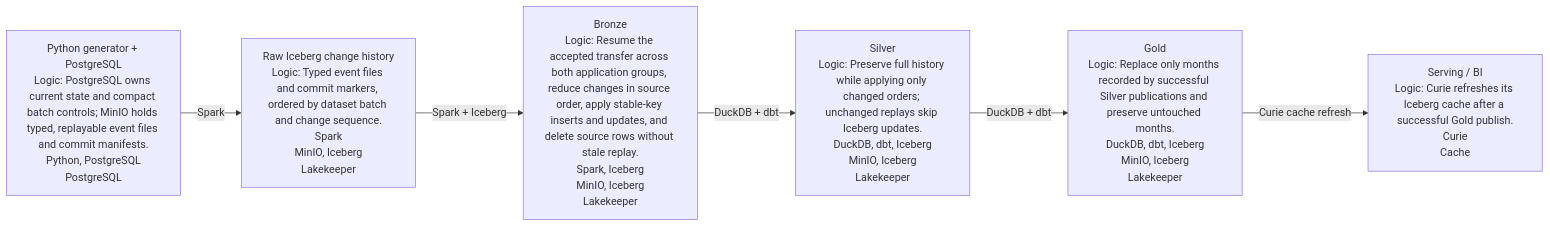
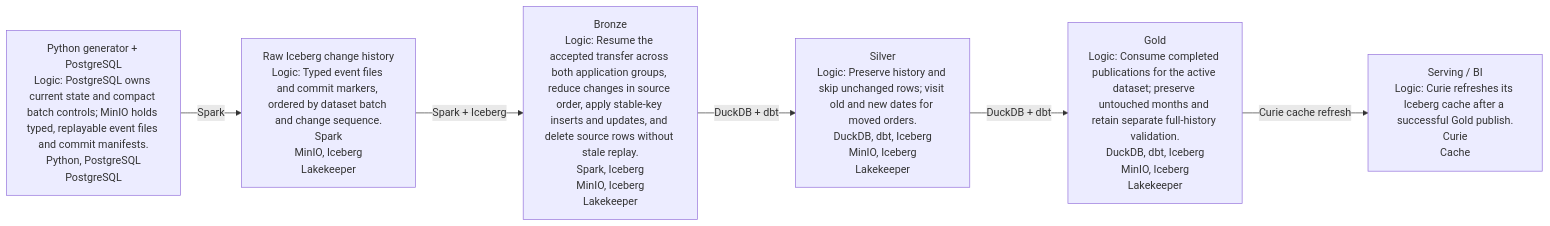
One commit to AntonMiniazev/ampere_project changed the diagram in docs/dataflow/generated/project_dataflow.md. Above: the diagram before and after it, drawn with Mermaid. The commit also changed 41 other files, not shown here.

````diff
--- a/docs/dataflow/generated/project_dataflow.md
+++ b/docs/dataflow/generated/project_dataflow.md
@@ -5,15 +5,15 @@
 ```mermaid
 flowchart LR
     L_SOURCE["Python generator + PostgreSQL<br/>Logic: PostgreSQL owns current state and compact batch controls; MinIO holds typed, replayable event files and commit manifests.<br/>Python, PostgreSQL<br/>PostgreSQL"]
     L_RAW["Raw Iceberg change history<br/>Logic: Typed event files and commit markers, ordered by dataset batch and change sequence.<br/>Spark<br/>MinIO, Iceberg<br/>Lakekeeper"]
     L_BRONZE["Bronze<br/>Logic: Resume the accepted transfer across both application groups, reduce changes in source order, apply stable-key inserts and updates, and delete source rows without stale replay.<br/>Spark, Iceberg<br/>MinIO, Iceberg<br/>Lakekeeper"]
-    L_SILVER["Silver<br/>Logic: Preserve full history while applying only changed orders; unchanged replays skip Iceberg updates.<br/>DuckDB, dbt, Iceberg<br/>MinIO, Iceberg<br/>Lakekeeper"]
-    L_GOLD["Gold<br/>Logic: Replace only months recorded by successful Silver publications and preserve untouched months.<br/>DuckDB, dbt, Iceberg<br/>MinIO, Iceberg<br/>Lakekeeper"]
+    L_SILVER["Silver<br/>Logic: Preserve history and skip unchanged rows; visit old and new dates for moved orders.<br/>DuckDB, dbt, Iceberg<br/>MinIO, Iceberg<br/>Lakekeeper"]
+    L_GOLD["Gold<br/>Logic: Consume completed publications for the active dataset; preserve untouched months and retain separate full-history validation.<br/>DuckDB, dbt, Iceberg<br/>MinIO, Iceberg<br/>Lakekeeper"]
     L_SERVING["Serving / BI<br/>Logic: Curie refreshes its Iceberg cache after a successful Gold publish.<br/>Curie<br/>Cache"]
 
     L_SOURCE -->|"Spark"| L_RAW
     L_RAW -->|"Spark + Iceberg"| L_BRONZE
     L_BRONZE -->|"DuckDB + dbt"| L_SILVER
     L_SILVER -->|"DuckDB + dbt"| L_GOLD
     L_GOLD -->|"Curie cache refresh"| L_SERVING
 ```
````
